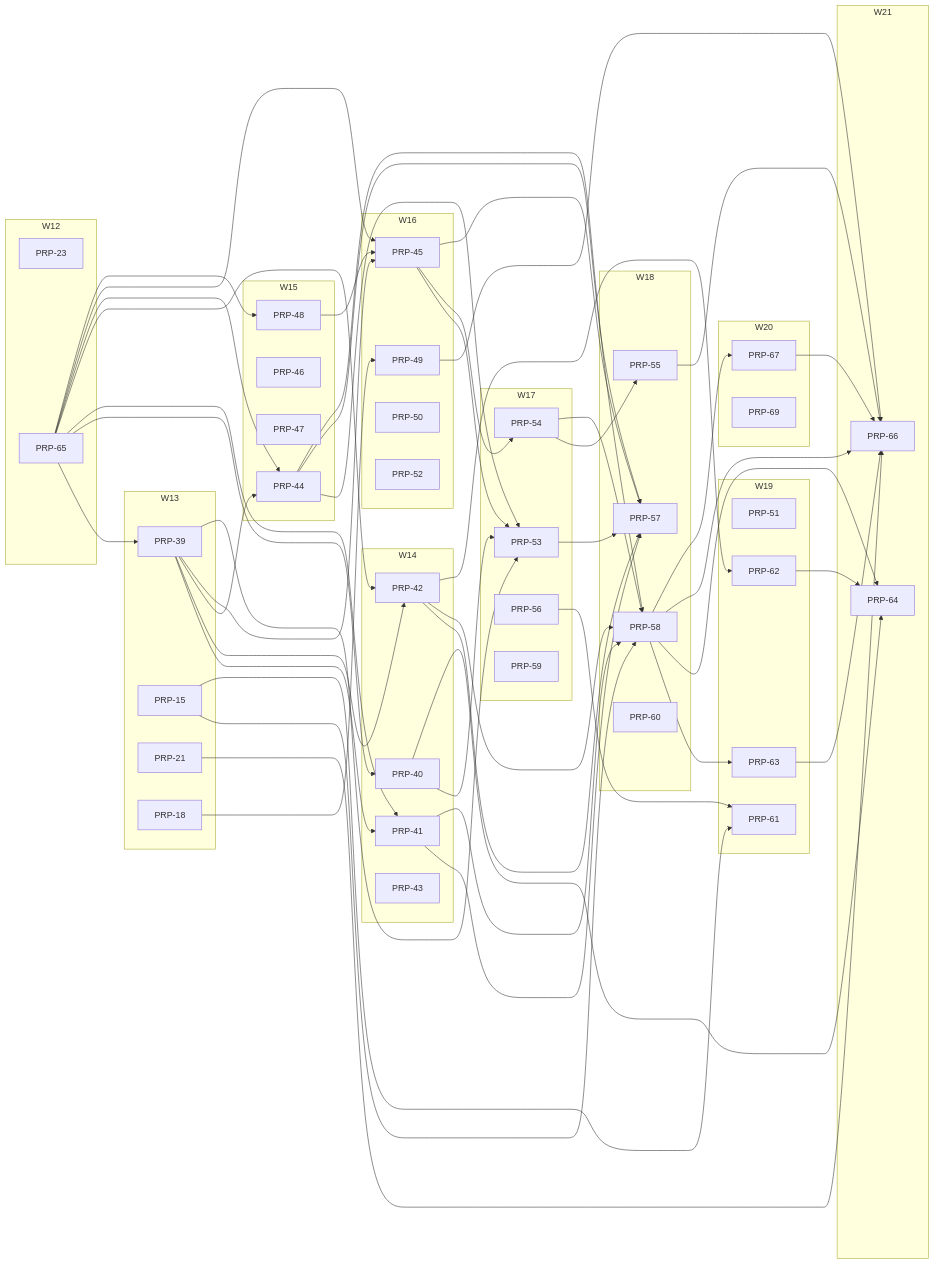
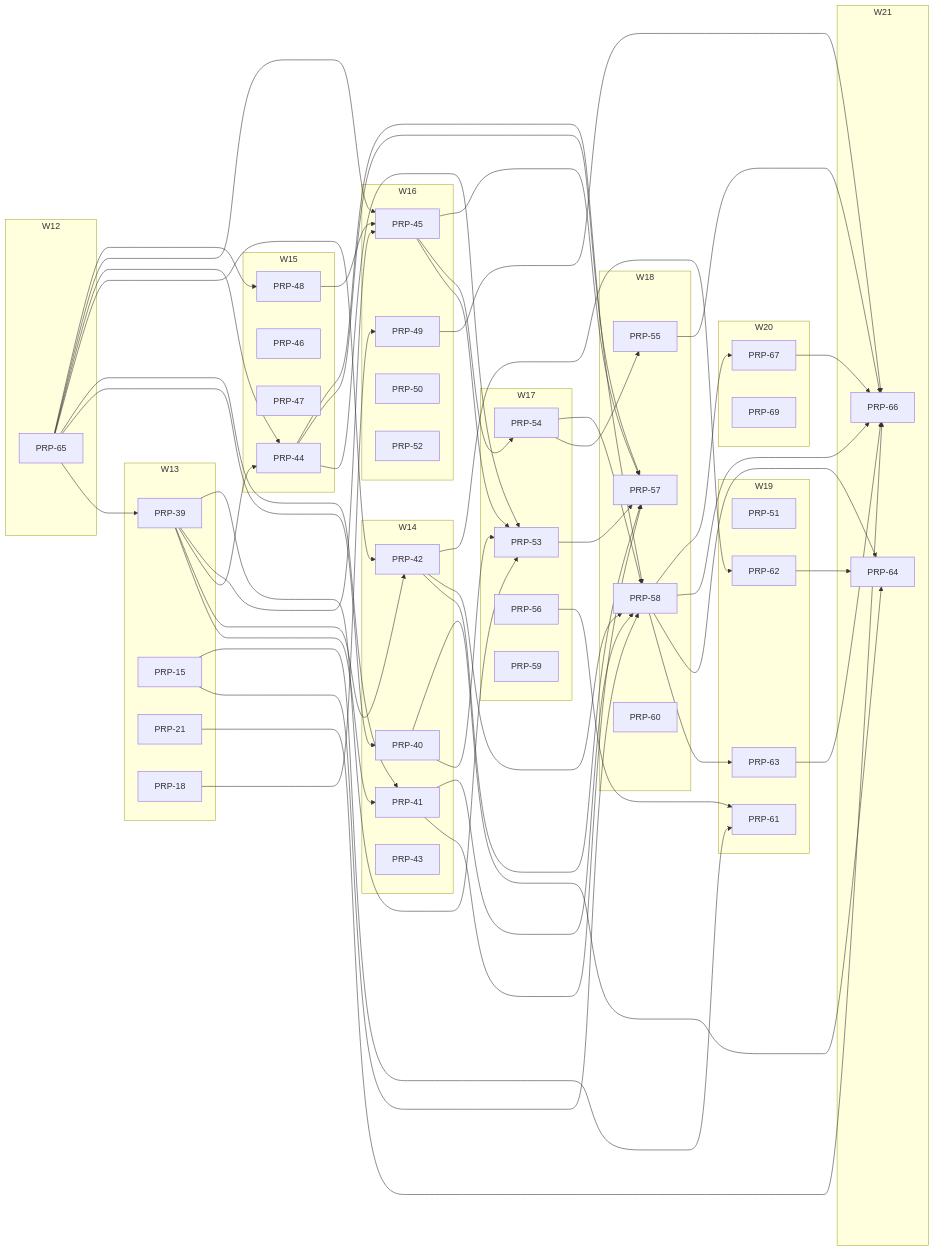
The diagram in PRPs/EXECUTION-PLAN.md (fgarofalo56/neurosphere), drawn with Mermaid before and after one commit. The commit also changed other lines of this file and 11 other files, not shown here.

````diff
--- a/PRPs/EXECUTION-PLAN.md
+++ b/PRPs/EXECUTION-PLAN.md
@@ -161,7 +160,6 @@
 ```mermaid
 flowchart LR
   subgraph W12
-    P23["PRP-23"]
     P65["PRP-65"]
   end
   subgraph W13
````
